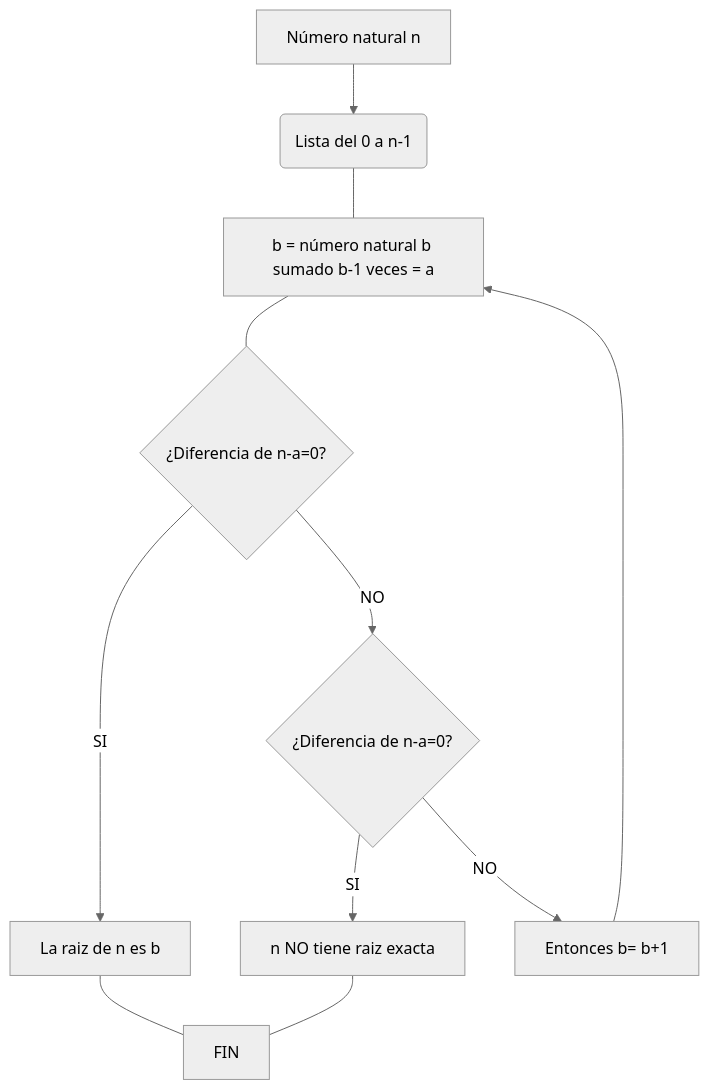
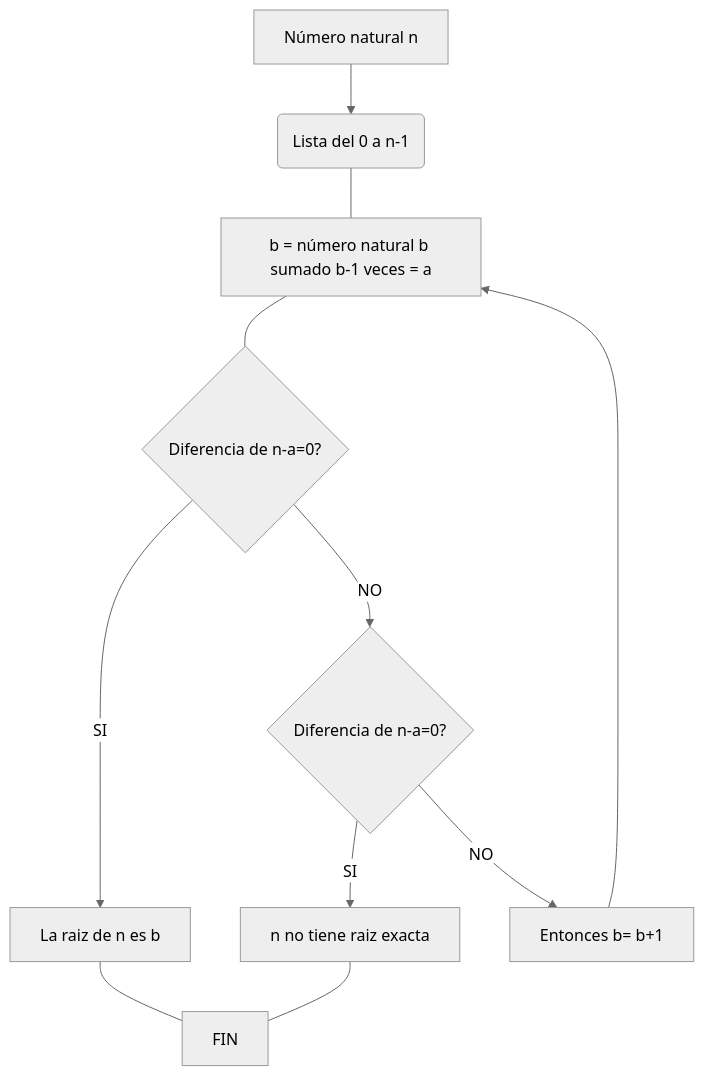
One commit to AnonymusconH/Reto_3_Juan_Valderrama_CadaVezMasHacker changed the first of 2 diagrams in README.md. Above: the diagram before and after it, drawn with Mermaid (neutral theme). The commit also changed other lines of this file, not shown here.

````diff
--- a/README.md
+++ b/README.md
@@ -5,20 +5,20 @@
 ```mermaid
 
 graph TD
 
  AA[Número natural n] --> A(Lista del 0 a n-1) ---B
  B[b = número natural b sumado b-1 veces = a] --- 
 
-  C{¿Diferencia de n-a=0?} 
+  C{Diferencia de n-a=0?} 
 
     C-- SI --> E[La raiz de n es b] --- FIN
     C-- NO --> F{La diferencia de n-a < 0?} 
 
 
- F{¿Diferencia de n-a=0?}
- F-- SI --> H[n NO tiene raiz exacta] --- FIN
+ F{Diferencia de n-a=0?}
+ F-- SI --> H[n no tiene raiz exacta] --- FIN
 F-- NO --> J[Entonces b= b+1] --->B
 
 FIN
 
 ```
````
